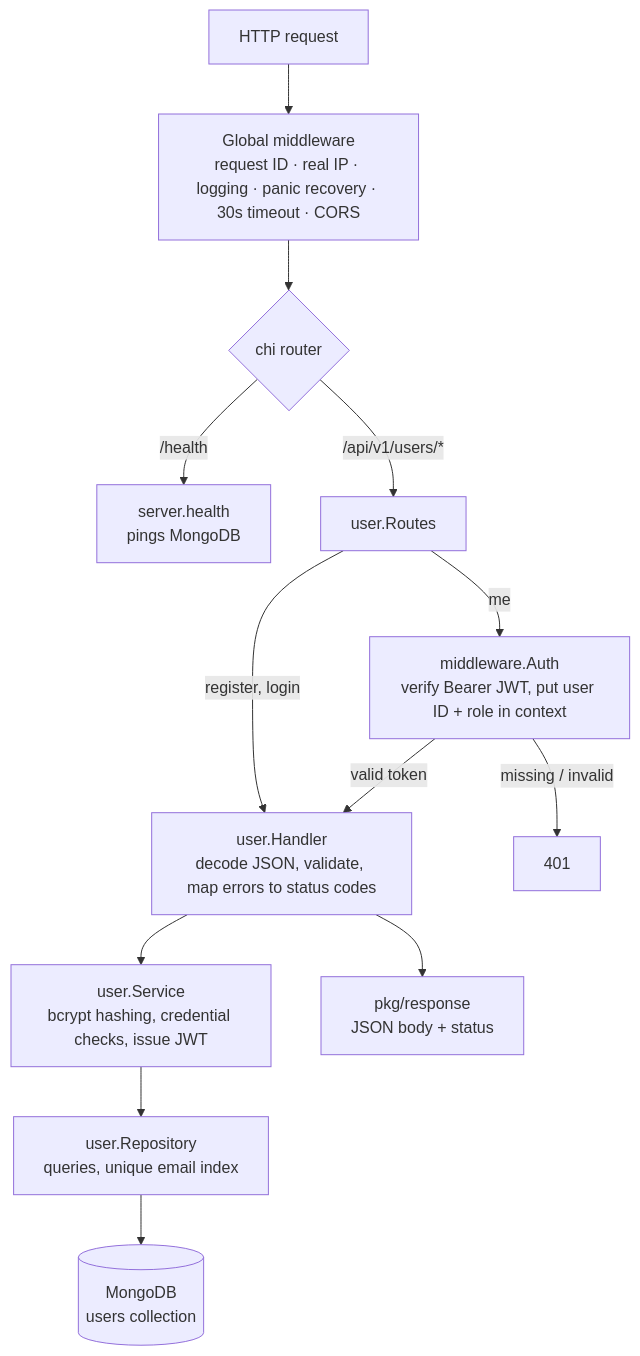
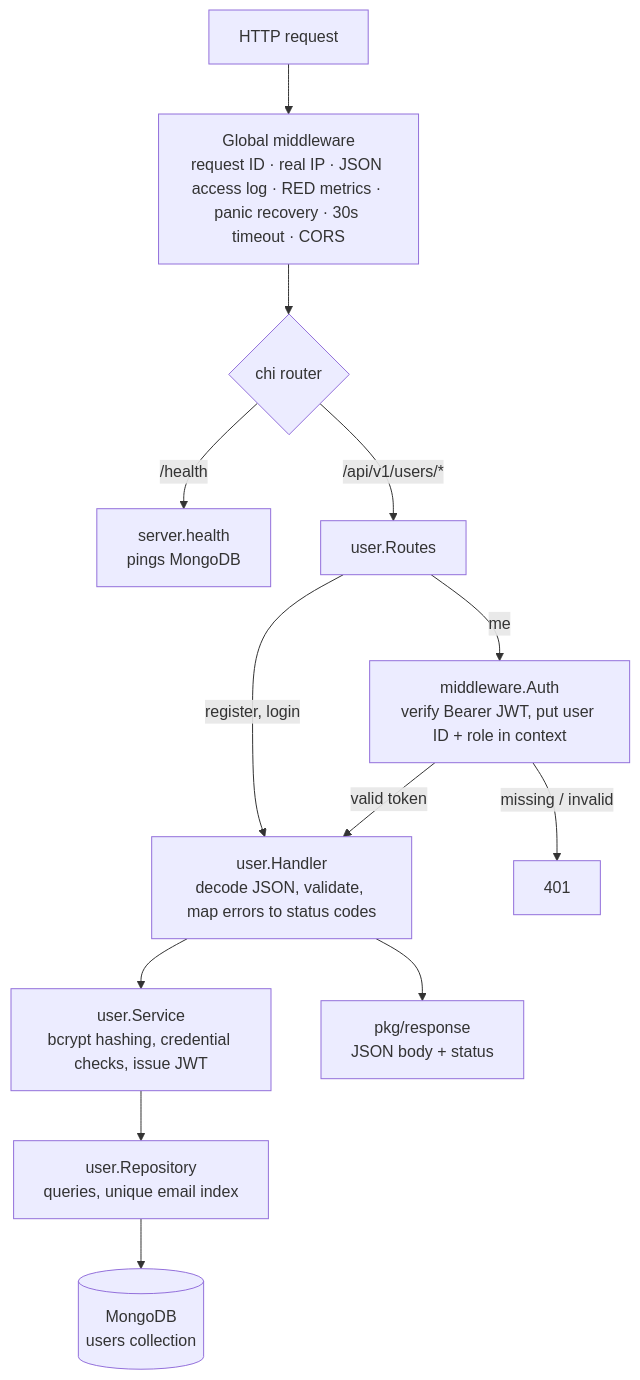
One commit to fmolinar/arium changed the second of 4 diagrams in backend/README.md. Above: the diagram before and after it, drawn with Mermaid. The commit also changed other lines of this file and 29 other files, not shown here.

````diff
--- a/backend/README.md
+++ b/backend/README.md
@@ -85,18 +90,18 @@
 ```mermaid
 flowchart TB
-    req["HTTP request"] --> mw["Global middleware<br/>request ID · real IP · logging · panic recovery · 30s timeout · CORS"]
+    req["HTTP request"] --> mw["Global middleware<br/>request ID · real IP · JSON access log · RED metrics · panic recovery · 30s timeout · CORS"]
     mw --> router{"chi router"}
     router -- "/health" --> health["server.health<br/>pings MongoDB"]
     router -- "/api/v1/users/*" --> routes["user.Routes"]
 
     routes -- "register, login" --> handler["user.Handler<br/>decode JSON, validate, map errors to status codes"]
     routes -- "me" --> auth["middleware.Auth<br/>verify Bearer JWT, put user ID + role in context"]
     auth -- "valid token" --> handler
     auth -- "missing / invalid" --> r401["401"]
 
     handler --> service["user.Service<br/>bcrypt hashing, credential checks, issue JWT"]
     service --> repo["user.Repository<br/>queries, unique email index"]
     repo --> mongo[("MongoDB<br/>users collection")]
 
     handler --> resp["pkg/response<br/>JSON body + status"]
 ```
````
